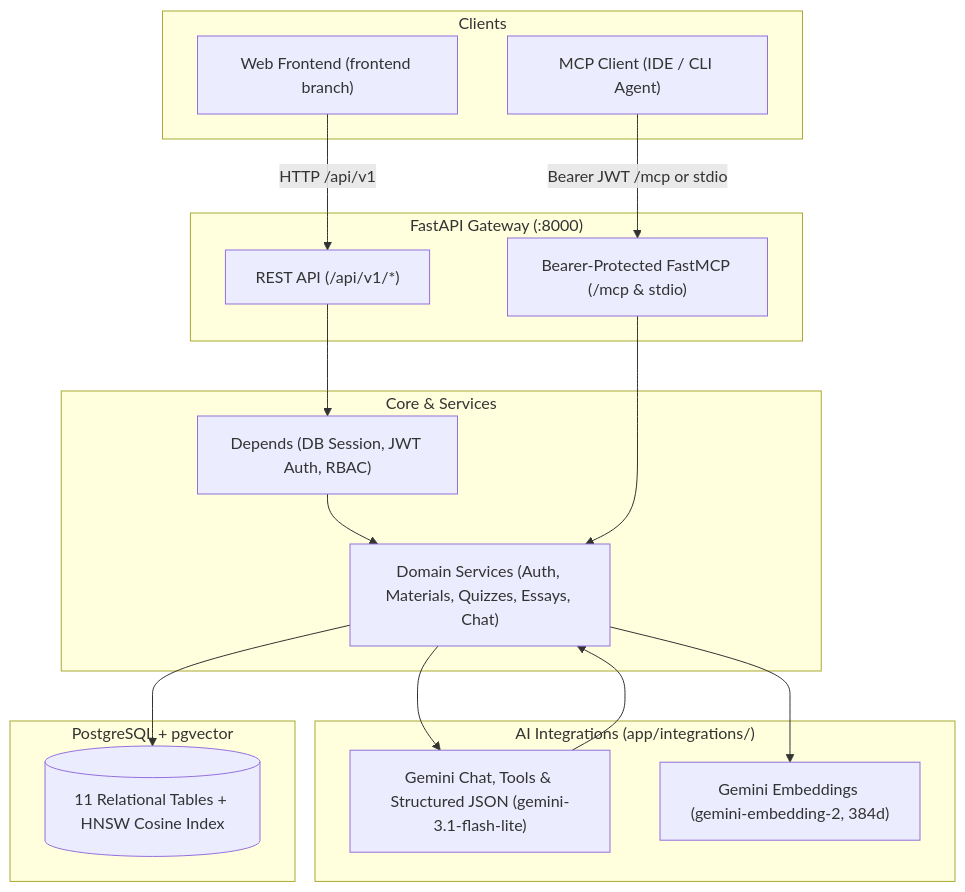
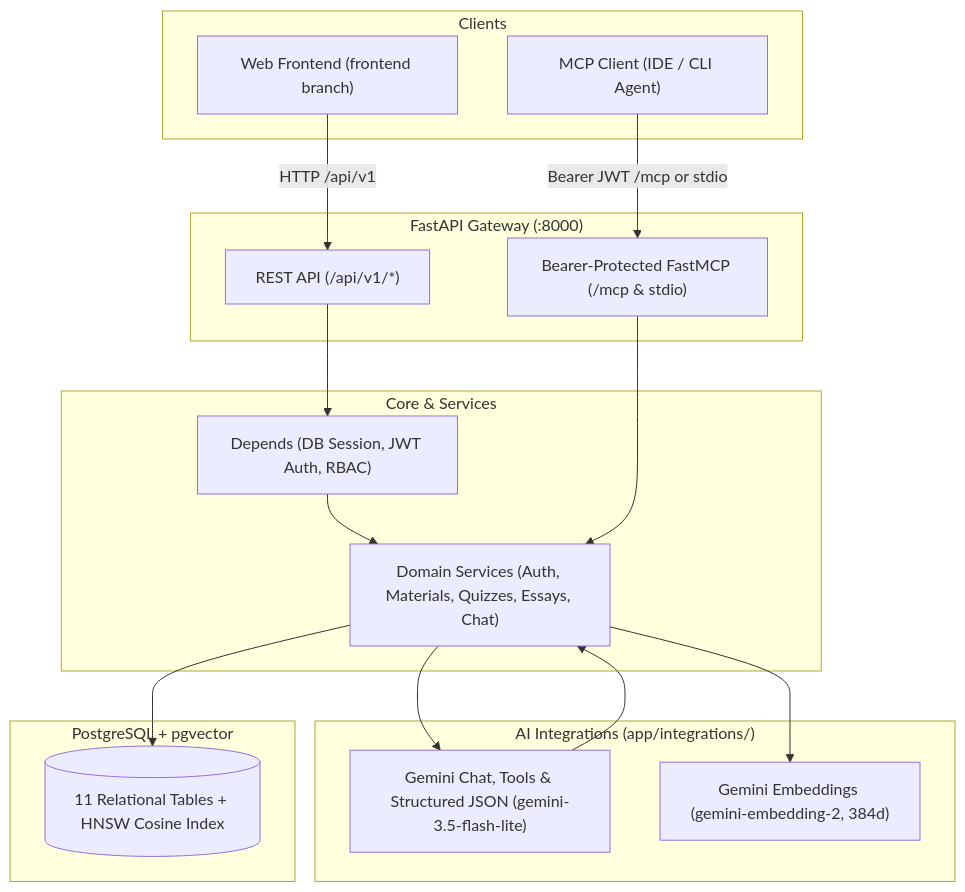
The first of 2 diagrams in README.md (MushfiqPlabon/OmniTest), drawn with Mermaid before and after one commit. The commit also changed other lines of this file and 3 other files, not shown here.

Commit message:
chore(config): update default GEMINI_MODEL to gemini-3.5-flash-lite

````diff
--- a/README.md
+++ b/README.md
@@ -31,35 +31,35 @@
 ```mermaid
 flowchart TD
     subgraph Clients["Clients"]
         UI["Web Frontend (frontend branch)"]
         MCPClient["MCP Client (IDE / CLI Agent)"]
     end
 
     subgraph Gateway["FastAPI Gateway (:8000)"]
         API["REST API (/api/v1/*)"]
         MCP_HTTP["Bearer-Protected FastMCP (/mcp & stdio)"]
     end
 
     subgraph Core["Core & Services"]
         DEP["Depends (DB Session, JWT Auth, RBAC)"]
         SVC["Domain Services (Auth, Materials, Quizzes, Essays, Chat)"]
     end
 
     subgraph Integrations["AI Integrations (app/integrations/)"]
-        LLM["Gemini Chat, Tools & Structured JSON (gemini-3.1-flash-lite)"]
+        LLM["Gemini Chat, Tools & Structured JSON (gemini-3.5-flash-lite)"]
         EMBED["Gemini Embeddings (gemini-embedding-2, 384d)"]
     end
 
     subgraph Storage["PostgreSQL + pgvector"]
         DB[("11 Relational Tables + HNSW Cosine Index")]
     end
 
     UI -->|HTTP /api/v1| API
     MCPClient -->|Bearer JWT /mcp or stdio| MCP_HTTP
     API --> DEP --> SVC
     MCP_HTTP --> SVC
     SVC --> EMBED
     SVC --> LLM
     LLM --> SVC
     SVC --> DB
 ```
````
